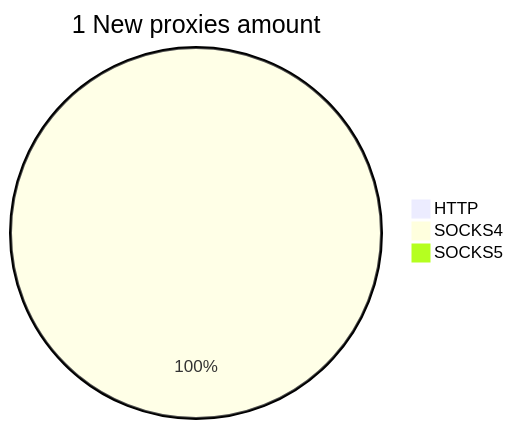
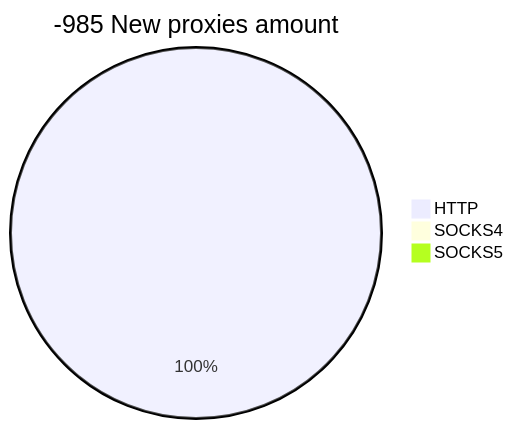
Before and after one commit to cutipu/proxylist: the second of 2 diagrams in README.md, drawn with Mermaid. The commit also changed other lines of this file, not shown here.

````diff
--- a/README.md
+++ b/README.md
@@ -10,6 +10,6 @@
 ```mermaid
-pie title 1 New proxies amount
-    "HTTP" : 0
-    "SOCKS4" : 4
+pie title -985 New proxies amount
+    "HTTP" : 128
+    "SOCKS4" : 0
     "SOCKS5" : 0
 ```
````
